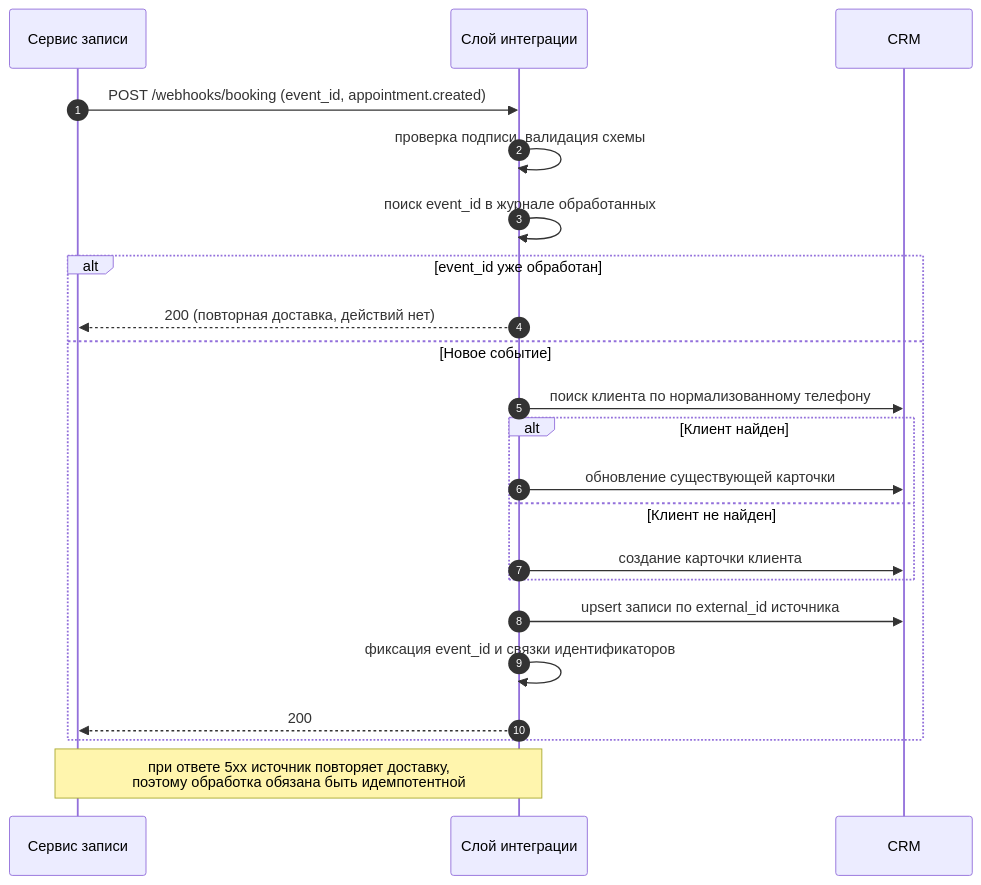
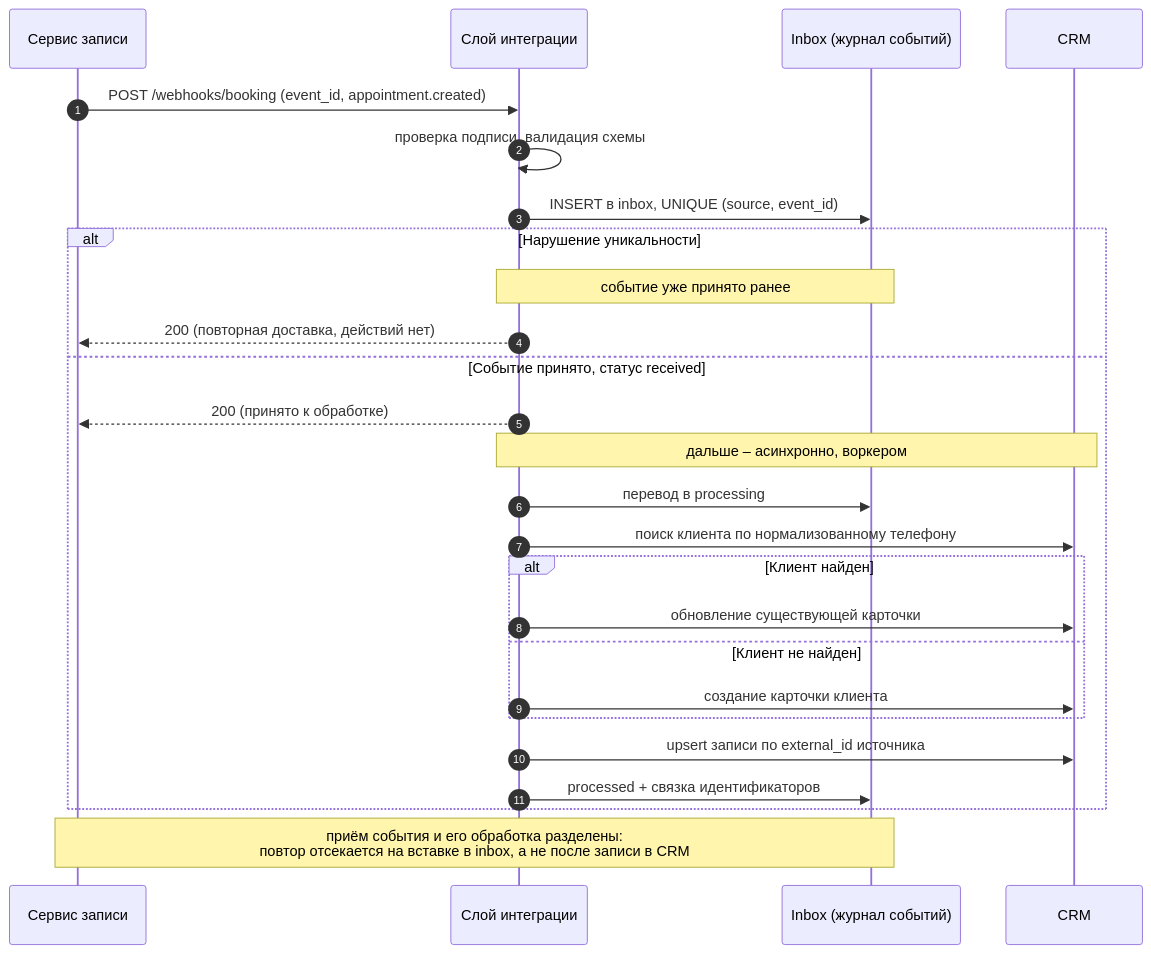
One commit to doomsdayoff/system-analysis-portfolio changed the second of 2 diagrams in case-02-booking-crm-sync/README.md. Above: the diagram before and after it, drawn with Mermaid. The commit also changed other lines of this file, not shown here.

Commit message:
Кейс 02: durable inbox вместо журнала после обработки, подавление обратного эха, честные гарантии доставки

````diff
--- a/case-02-booking-crm-sync/README.md
+++ b/case-02-booking-crm-sync/README.md
@@ -64,24 +64,28 @@
 ```mermaid
 sequenceDiagram
     autonumber
     participant BK as Сервис записи
     participant MW as Слой интеграции
+    participant INB as Inbox (журнал событий)
     participant CRM as CRM
     BK->>MW: POST /webhooks/booking (event_id, appointment.created)
     MW->>MW: проверка подписи, валидация схемы
-    MW->>MW: поиск event_id в журнале обработанных
-    alt event_id уже обработан
+    MW->>INB: INSERT в inbox, UNIQUE (source, event_id)
+    alt Нарушение уникальности
+        Note over MW,INB: событие уже принято ранее
         MW-->>BK: 200 (повторная доставка, действий нет)
-    else Новое событие
+    else Событие принято, статус received
+        MW-->>BK: 200 (принято к обработке)
+        Note over MW,CRM: дальше – асинхронно, воркером
+        MW->>INB: перевод в processing
         MW->>CRM: поиск клиента по нормализованному телефону
         alt Клиент найден
             MW->>CRM: обновление существующей карточки
         else Клиент не найден
             MW->>CRM: создание карточки клиента
         end
         MW->>CRM: upsert записи по external_id источника
-        MW->>MW: фиксация event_id и связки идентификаторов
-        MW-->>BK: 200
+        MW->>INB: processed + связка идентификаторов
     end
-    Note over BK,MW: при ответе 5xx источник повторяет доставку,<br/>поэтому обработка обязана быть идемпотентной
+    Note over BK,INB: приём события и его обработка разделены:<br/>повтор отсекается на вставке в inbox, а не после записи в CRM
 ```
````
